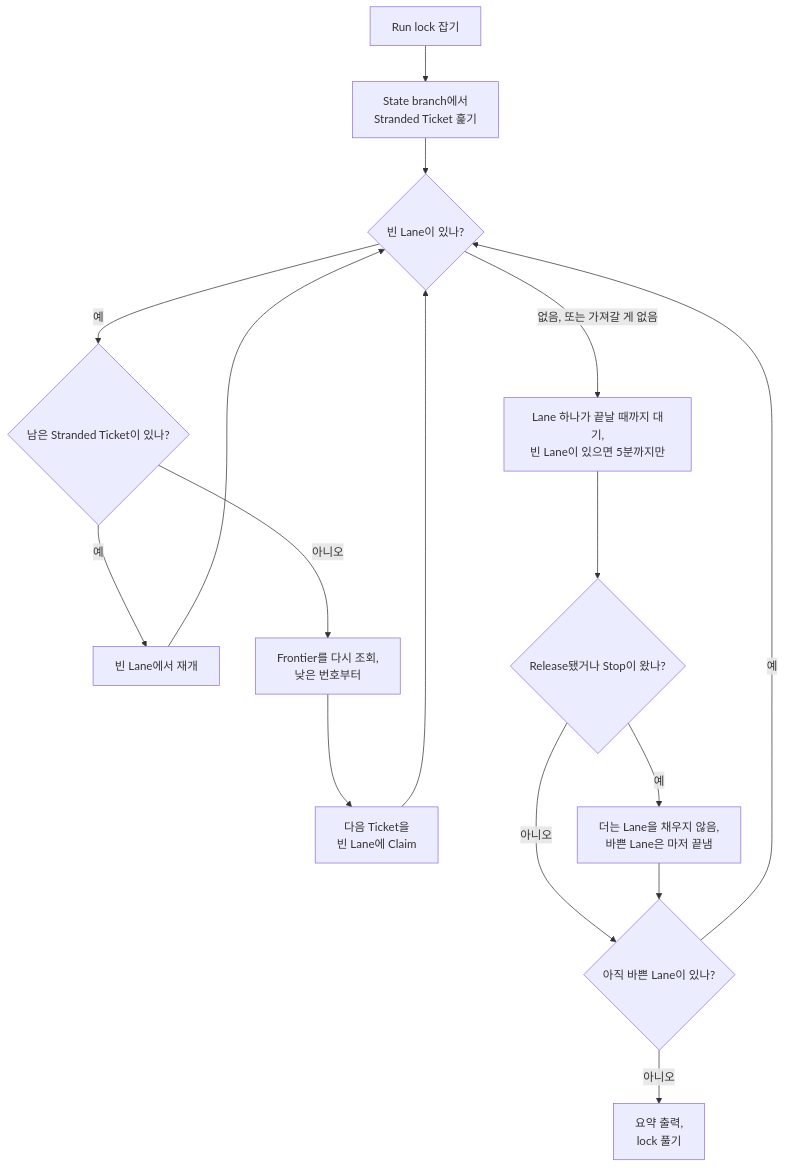
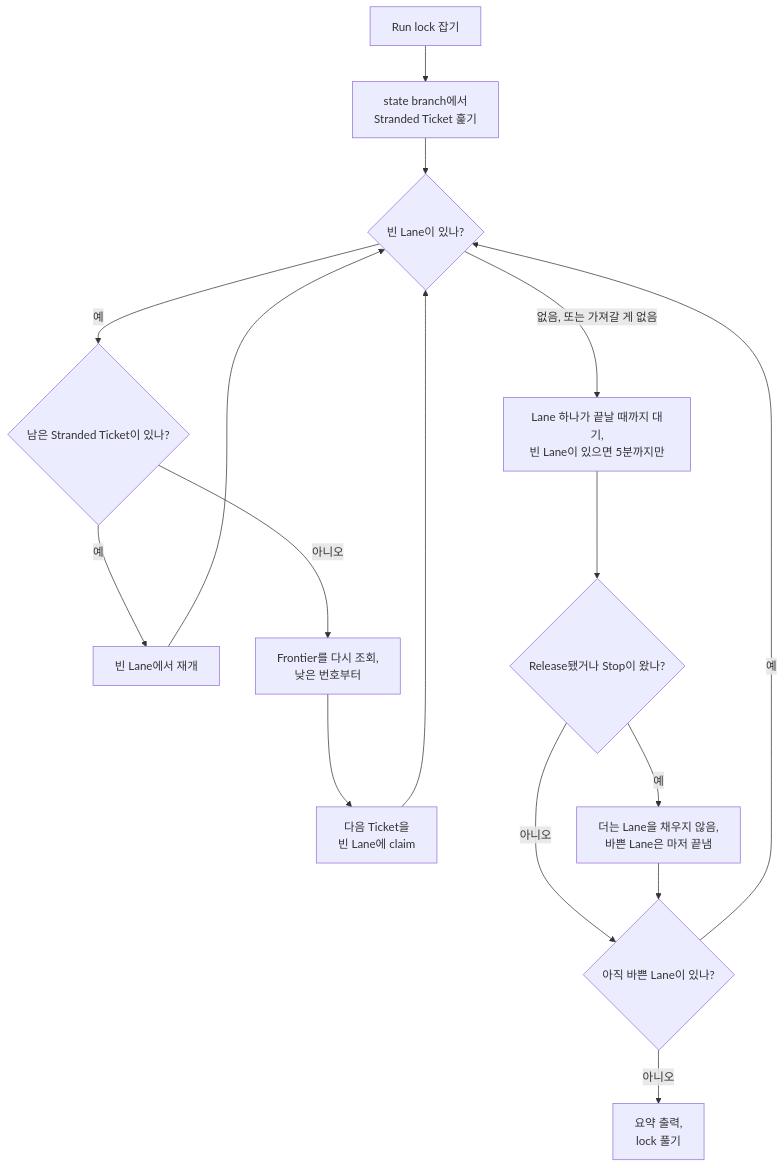
Before and after one commit to jjongs2/ticket-runner: the diagram in wiki/ko/guide/running.md, drawn with Mermaid. The commit also changed other lines of this file and 20 other files, not shown here.

````diff
--- a/wiki/ko/guide/running.md
+++ b/wiki/ko/guide/running.md
@@ -43,16 +43,16 @@
 ```mermaid
 flowchart TD
-  A["Run lock 잡기"] --> B["State branch에서<br>Stranded Ticket 훑기"]
+  A["Run lock 잡기"] --> B["state branch에서<br>Stranded Ticket 훑기"]
   B --> C{"빈 Lane이 있나?"}
   C -- 예 --> D{"남은 Stranded Ticket이 있나?"}
   D -- 예 --> E["빈 Lane에서 재개"] --> C
   D -- 아니오 --> F["Frontier를 다시 조회,<br>낮은 번호부터"]
-  F --> G["다음 Ticket을<br>빈 Lane에 Claim"] --> C
+  F --> G["다음 Ticket을<br>빈 Lane에 claim"] --> C
   C -- "없음, 또는 가져갈 게 없음" --> H["Lane 하나가 끝날 때까지 대기,<br>빈 Lane이 있으면 5분까지만"]
   H --> I{"Release됐거나 Stop이 왔나?"}
   I -- 예 --> J["더는 Lane을 채우지 않음,<br>바쁜 Lane은 마저 끝냄"]
   I -- 아니오 --> K{"아직 바쁜 Lane이 있나?"}
   J --> K
   K -- 예 --> C
   K -- 아니오 --> L["요약 출력,<br>lock 풀기"]
 ```
````
